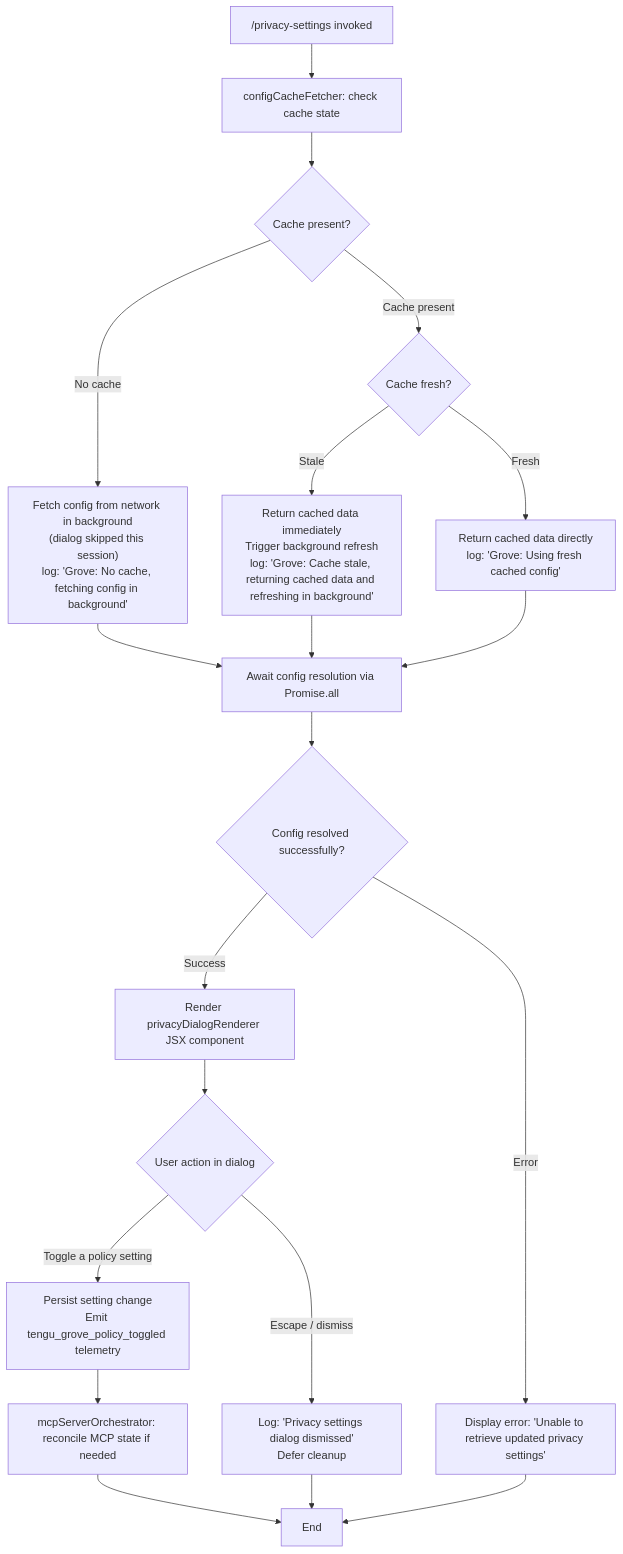
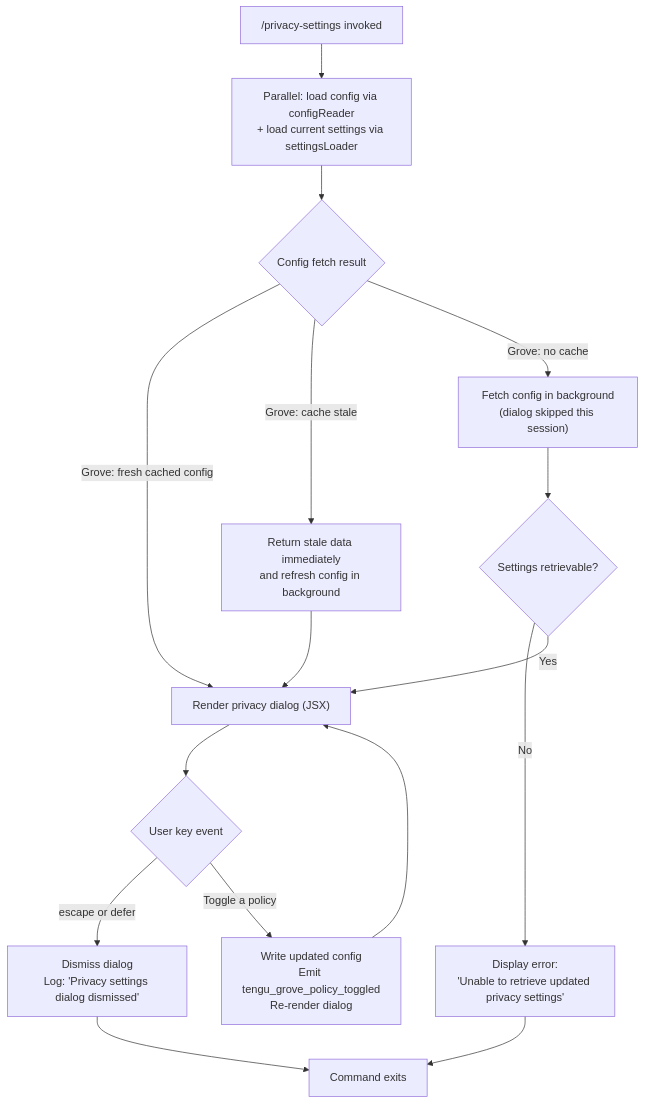
The diagram in versions/v2.1.132/privacy-settings.md (MyLittleLuckyDog/cc-gnothi), drawn with Mermaid before and after one commit. The commit also changed other lines of this file and 96 other files, not shown here.

````diff
--- a/versions/v2.1.132/privacy-settings.md
+++ b/versions/v2.1.132/privacy-settings.md
@@ -46,22 +54,18 @@
 ```mermaid
 flowchart TD
-    A["/privacy-settings invoked"] --> B[configCacheFetcher: check cache state]
-    B --> C{Cache present?}
-    C -- "No cache" --> D["Fetch config from network in background\n(dialog skipped this session)\nlog: 'Grove: No cache, fetching config in background'"]
-    C -- "Cache present" --> E{Cache fresh?}
-    E -- "Stale" --> F["Return cached data immediately\nTrigger background refresh\nlog: 'Grove: Cache stale, returning cached data and refreshing in background'"]
-    E -- "Fresh" --> G["Return cached data directly\nlog: 'Grove: Using fresh cached config'"]
-    D --> H[Await config resolution via Promise.all]
-    F --> H
-    G --> H
-    H --> I{Config resolved successfully?}
-    I -- "Error" --> J["Display error: 'Unable to retrieve updated privacy settings'"]
-    I -- "Success" --> K[Render privacyDialogRenderer JSX component]
-    K --> L{User action in dialog}
-    L -- "Escape / dismiss" --> M["Log: 'Privacy settings dialog dismissed'\nDefer cleanup"]
-    L -- "Toggle a policy setting" --> N["Persist setting change\nEmit tengu_grove_policy_toggled telemetry"]
-    N --> O[mcpServerOrchestrator: reconcile MCP state if needed]
-    O --> P[End]
-    M --> P
-    J --> P
+    A["/privacy-settings invoked"] --> B["Parallel: load config via configReader\n+ load current settings via settingsLoader"]
+    B --> C{Config fetch result}
+    C -- "Grove: fresh cached config" --> D["Render privacy dialog (JSX)"]
+    C -- "Grove: cache stale" --> E["Return stale data immediately\nand refresh config in background"]
+    E --> D
+    C -- "Grove: no cache" --> F["Fetch config in background\n(dialog skipped this session)"]
+    F --> G{"Settings retrievable?"}
+    G -- "No" --> H["Display error:\n'Unable to retrieve updated privacy settings'"]
+    G -- "Yes" --> D
+    D --> I{User key event}
+    I -- "escape or defer" --> J["Dismiss dialog\nLog: 'Privacy settings dialog dismissed'"]
+    I -- "Toggle a policy" --> K["Write updated config\nEmit tengu_grove_policy_toggled\nRe-render dialog"]
+    K --> D
+    J --> L["Command exits"]
+    H --> L
 ```
````
